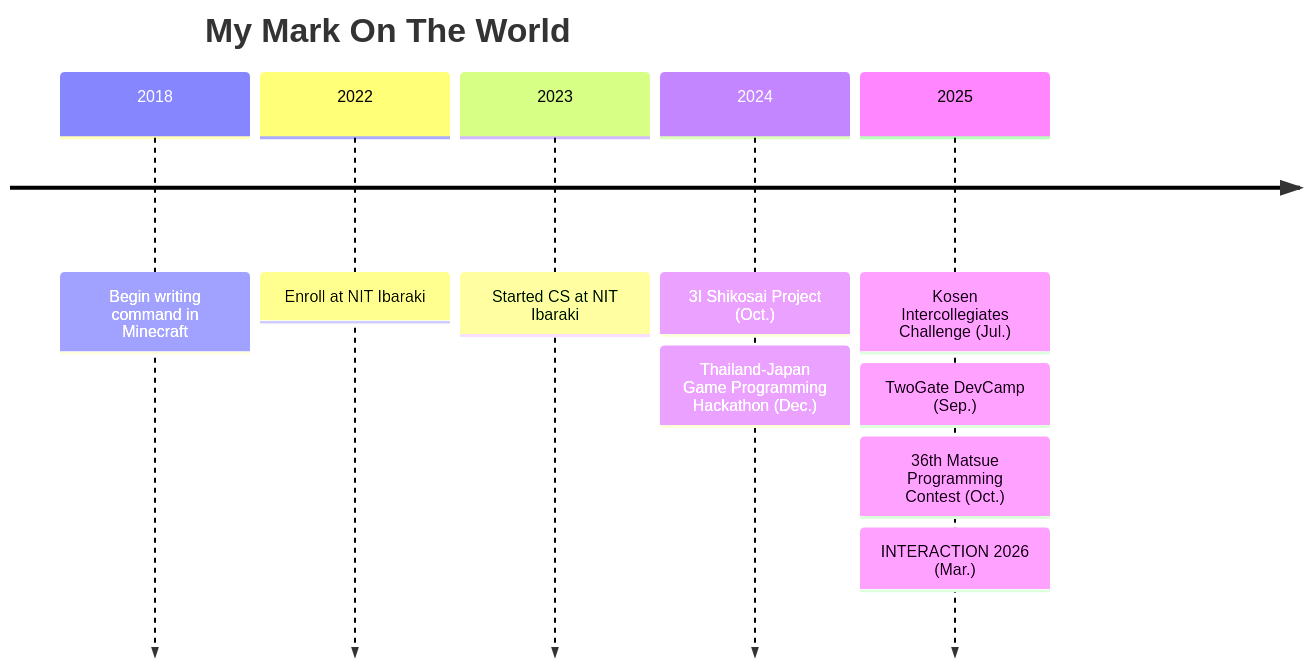
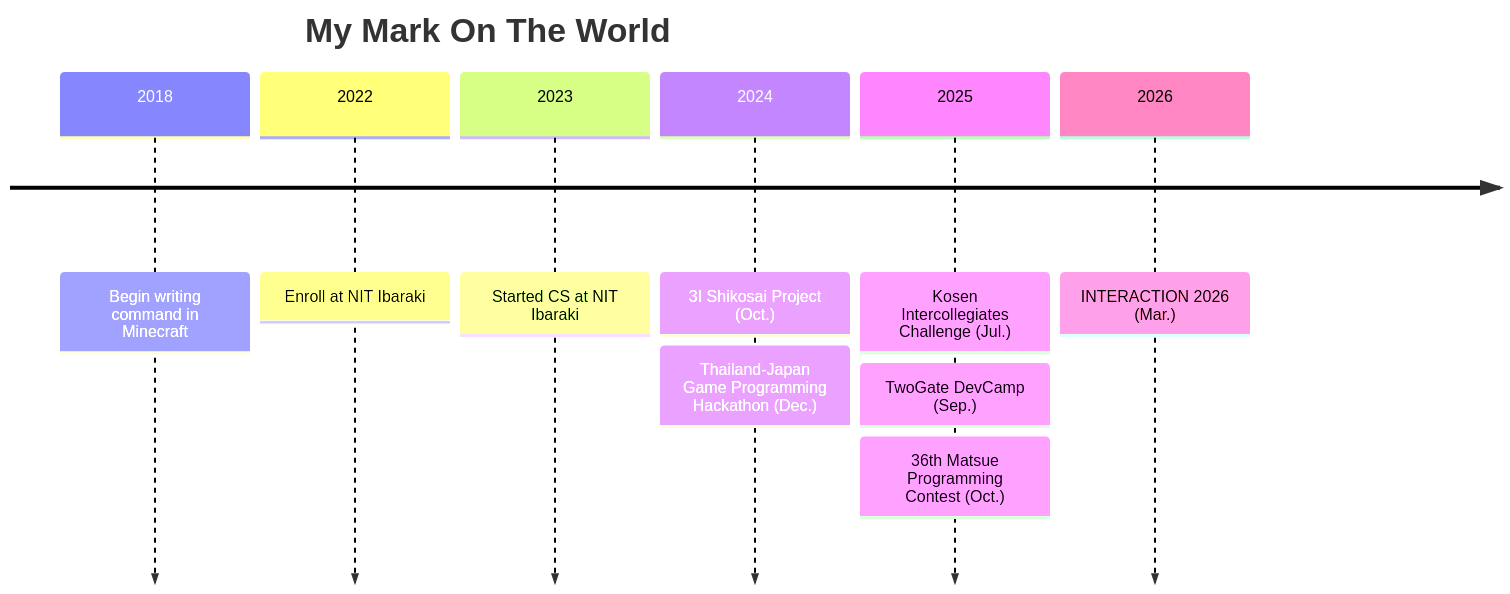
One commit to Tomarun029831/Tomarun029831 changed the diagram in README.md. Above: the diagram before and after it, drawn with Mermaid.

````diff
--- a/README.md
+++ b/README.md
@@ -286,18 +286,18 @@
 ```mermaid
 timeline
     title My Mark On The World
 
     2018 : Begin writing command in Minecraft
 
     2022 : Enroll at NIT Ibaraki
     
     2023 : Started CS at NIT Ibaraki
     
     2024 : 3I Shikosai Project (Oct.)
          : Thailand-Japan Game Programming Hackathon (Dec.)
     
     2025 : Kosen Intercollegiates Challenge (Jul.)
          : TwoGate DevCamp (Sep.)
          : 36th Matsue Programming Contest (Oct.)
-         : INTERACTION 2026 (Mar.)
+    2026 : INTERACTION 2026 (Mar.)
 ```
````
